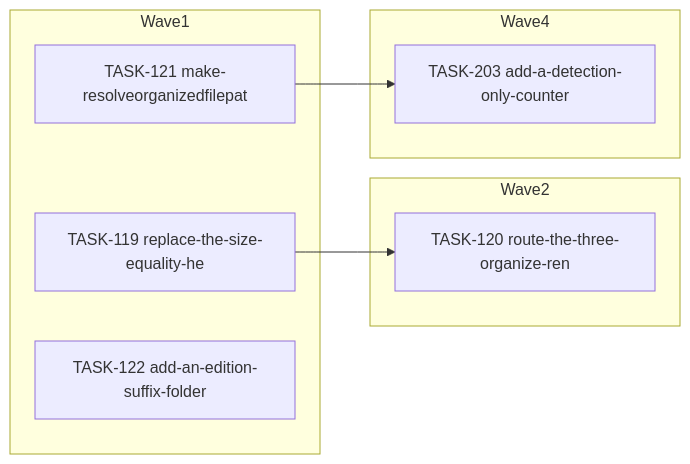
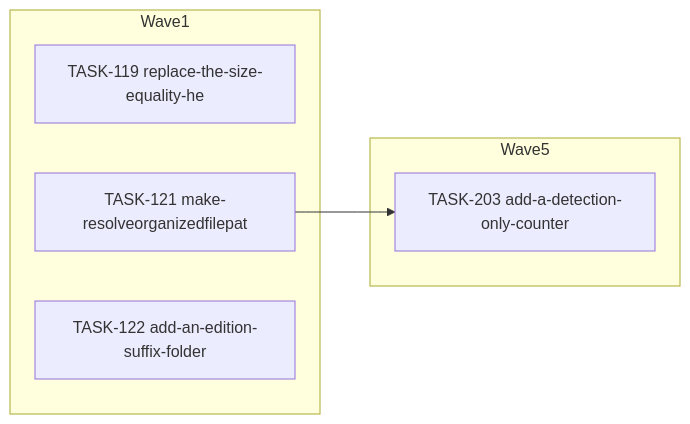
One commit to falkcorp/audiobook-organizer changed the diagram in docs/agent-tasks/todo-completion/organize/orchestration.md. Above: the diagram before and after it, drawn with Mermaid. The commit also changed other lines of this file and 325 other files, not shown here.

````diff
--- a/docs/agent-tasks/todo-completion/organize/orchestration.md
+++ b/docs/agent-tasks/todo-completion/organize/orchestration.md
@@ -12,16 +12,12 @@
 ```mermaid
 flowchart LR
     subgraph Wave1
       TASK119[TASK-119 replace-the-size-equality-he]
       TASK121[TASK-121 make-resolveorganizedfilepat]
       TASK122[TASK-122 add-an-edition-suffix-folder]
     end
-    subgraph Wave2
-      TASK120[TASK-120 route-the-three-organize-ren]
-    end
-    subgraph Wave4
+    subgraph Wave5
       TASK203[TASK-203 add-a-detection-only-counter]
     end
-    TASK119 --> TASK120
     TASK121 --> TASK203
 ```
````
